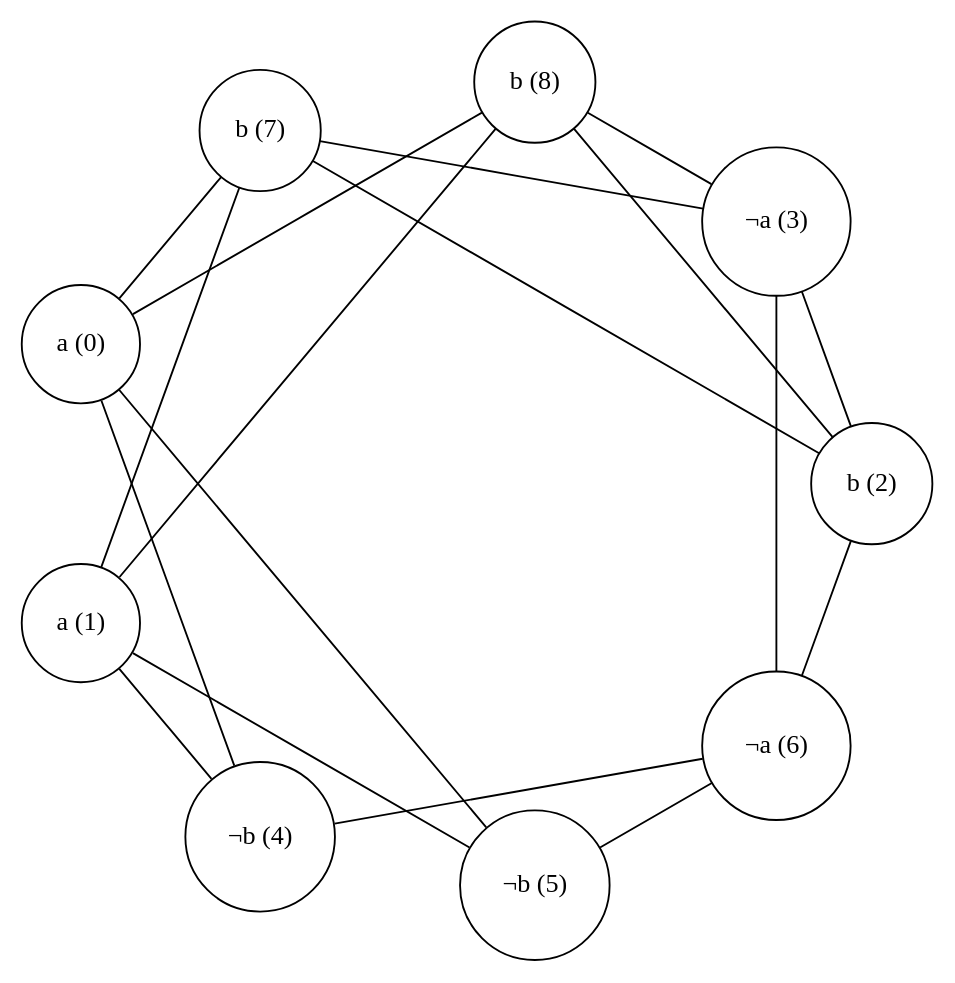
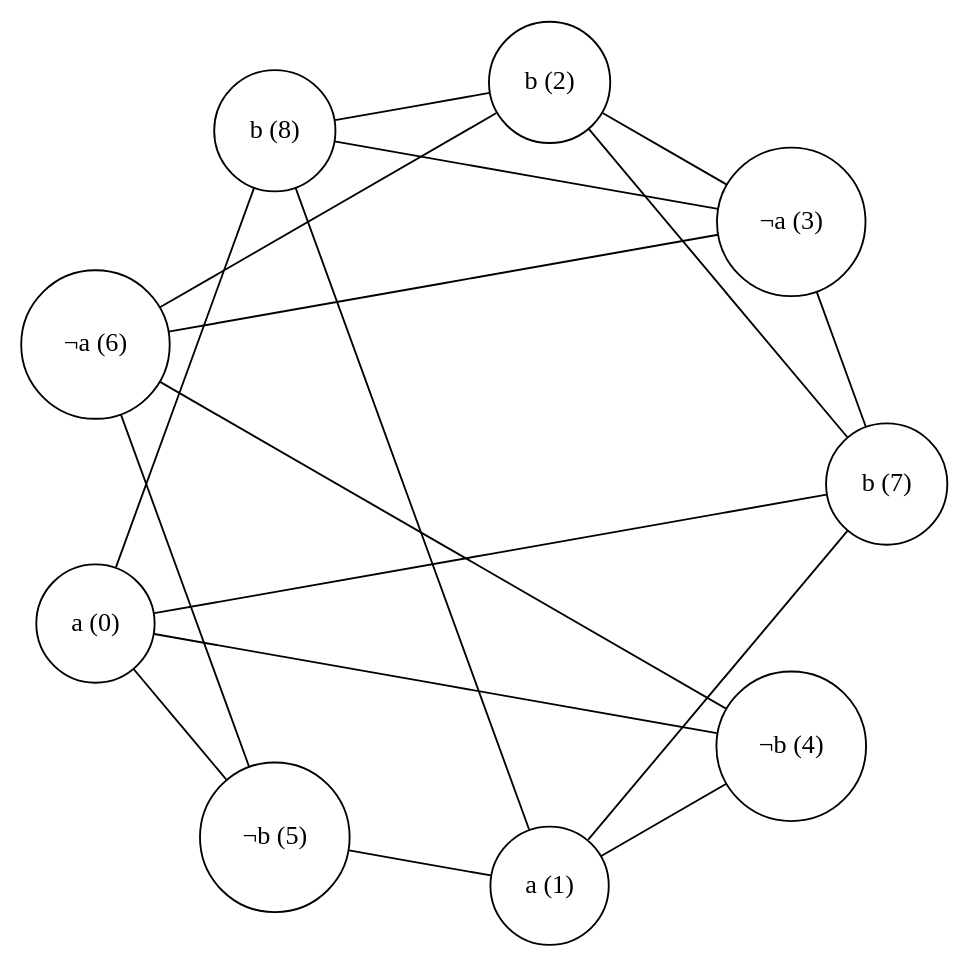
One commit to Daniel-del-Castillo/3SAT-Clique-Transformation changed the diagram in dot/graph.dot. Above: the diagram before and after it, drawn with Graphviz. The commit also changed 3 other files, not shown here.

```diff
--- a/dot/graph.dot
+++ b/dot/graph.dot
@@ -1,25 +1,25 @@
 graph CLIQUE {
 	splines=false;
 	rankdir=LR ;
 	size = "10 , 4";
 	layout=circo;
 	d2tstyleonly = true;
 	node [ shape = circle ];
+	"¬b (4)" -- "a (1)";
+	"b (7)" -- "¬a (3)";
+	"¬a (6)" -- "b (2)";
+	"¬a (6)" -- "¬a (3)";
+	"¬b (5)" -- "¬a (6)";
+	"b (7)" -- "a (0)";
+	"b (8)" -- "a (1)";
+	"b (2)" -- "b (7)";
+	"¬b (4)" -- "a (0)";
+	"¬a (6)" -- "¬b (4)";
+	"b (8)" -- "a (0)";
+	"¬b (5)" -- "a (1)";
+	"a (1)" -- "b (7)";
+	"b (8)" -- "b (2)";
+	"b (8)" -- "¬a (3)";
+	"b (2)" -- "¬a (3)";
 	"¬b (5)" -- "a (0)";
-	"¬b (4)" -- "a (0)";
-	"b (2)" -- "b (8)";
-	"¬a (6)" -- "¬b (5)";
-	"b (8)" -- "¬a (3)";
-	"b (7)" -- "¬a (3)";
-	"b (2)" -- "¬a (3)";
-	"b (2)" -- "¬a (6)";
-	"a (1)" -- "¬b (5)";
-	"a (0)" -- "b (8)";
-	"a (1)" -- "b (7)";
-	"a (1)" -- "¬b (4)";
-	"a (1)" -- "b (8)";
-	"a (0)" -- "b (7)";
-	"¬b (4)" -- "¬a (6)";
-	"b (2)" -- "b (7)";
-	"¬a (6)" -- "¬a (3)";
 }
```
